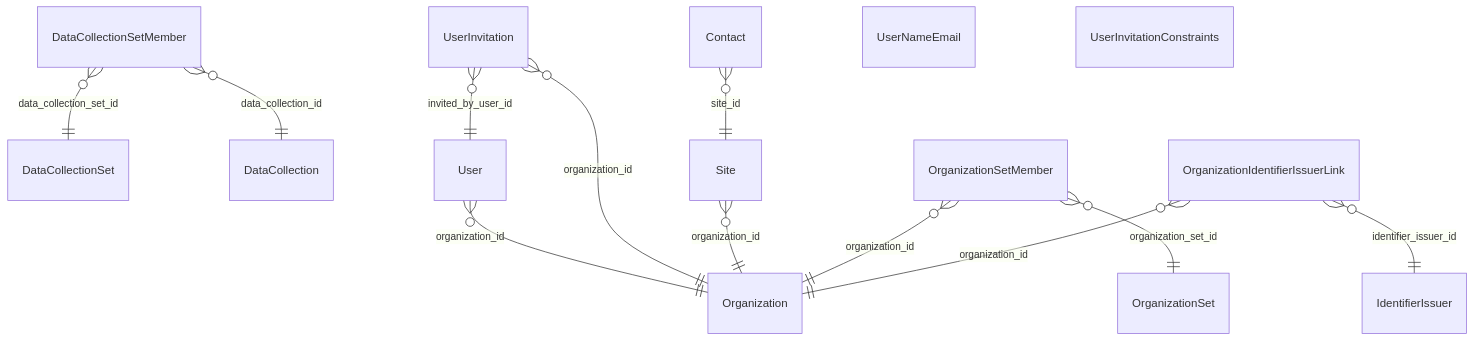
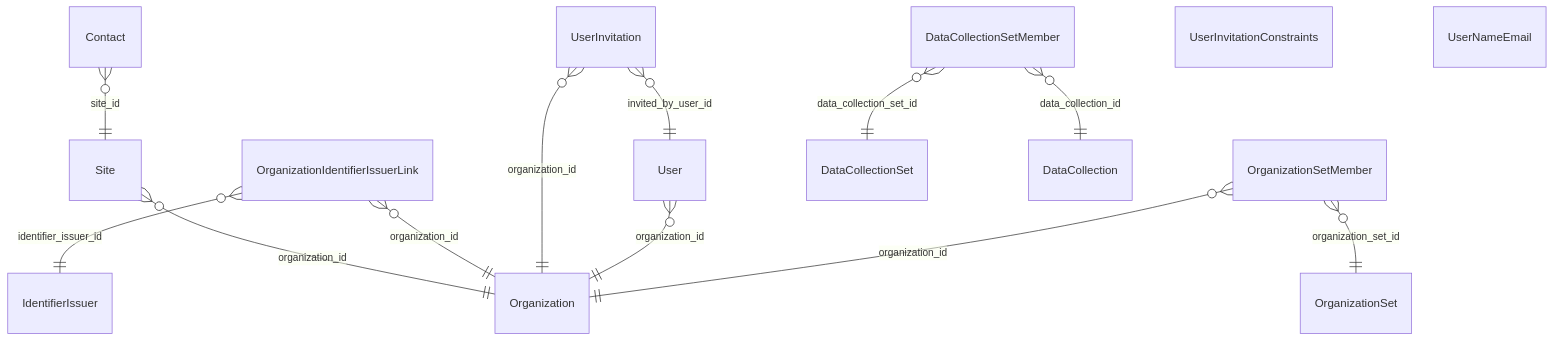
The diagram in docs/erm/omopdb.organization.md (RIVM-bioinformatics/gen-epix-api), drawn with Mermaid before and after one commit. The commit also changed other lines of this file and 229 other files, not shown here.

````diff
--- a/docs/erm/omopdb.organization.md
+++ b/docs/erm/omopdb.organization.md
@@ -5,24 +5,24 @@
 ```mermaid
 erDiagram
     %% omopdb / ORGANIZATION (simplified)
 
     %% Relationships
+    Site }o--|| Organization : "organization_id"
+    Contact }o--|| Site : "site_id"
+    OrganizationIdentifierIssuerLink }o--|| Organization : "organization_id"
+    OrganizationIdentifierIssuerLink }o--|| IdentifierIssuer : "identifier_issuer_id"
+    UserInvitation }o--|| Organization : "organization_id"
+    UserInvitation }o--|| User : "invited_by_user_id"
+    User }o--|| Organization : "organization_id"
+    OrganizationSetMember }o--|| OrganizationSet : "organization_set_id"
+    OrganizationSetMember }o--|| Organization : "organization_id"
     DataCollectionSetMember }o--|| DataCollectionSet : "data_collection_set_id"
     DataCollectionSetMember }o--|| DataCollection : "data_collection_id"
-    Contact }o--|| Site : "site_id"
-    User }o--|| Organization : "organization_id"
-    UserInvitation }o--|| Organization : "organization_id"
-    UserInvitation }o--|| User : "invited_by_user_id"
-    Site }o--|| Organization : "organization_id"
-    OrganizationSetMember }o--|| OrganizationSet : "organization_set_id"
-    OrganizationSetMember }o--|| Organization : "organization_id"
-    OrganizationIdentifierIssuerLink }o--|| Organization : "organization_id"
-    OrganizationIdentifierIssuerLink }o--|| IdentifierIssuer : "identifier_issuer_id"
+
+    UserInvitationConstraints {
+    }
 
     UserNameEmail {
     }
 
-    UserInvitationConstraints {
-    }
-
 ```
````
